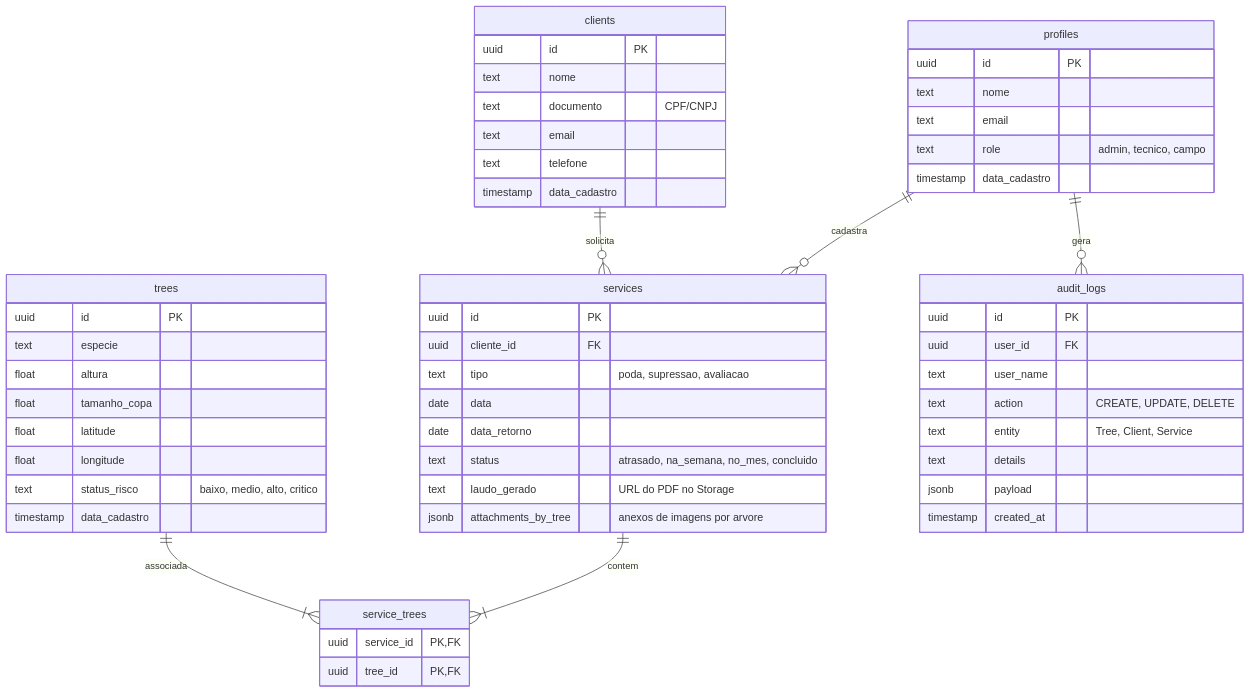
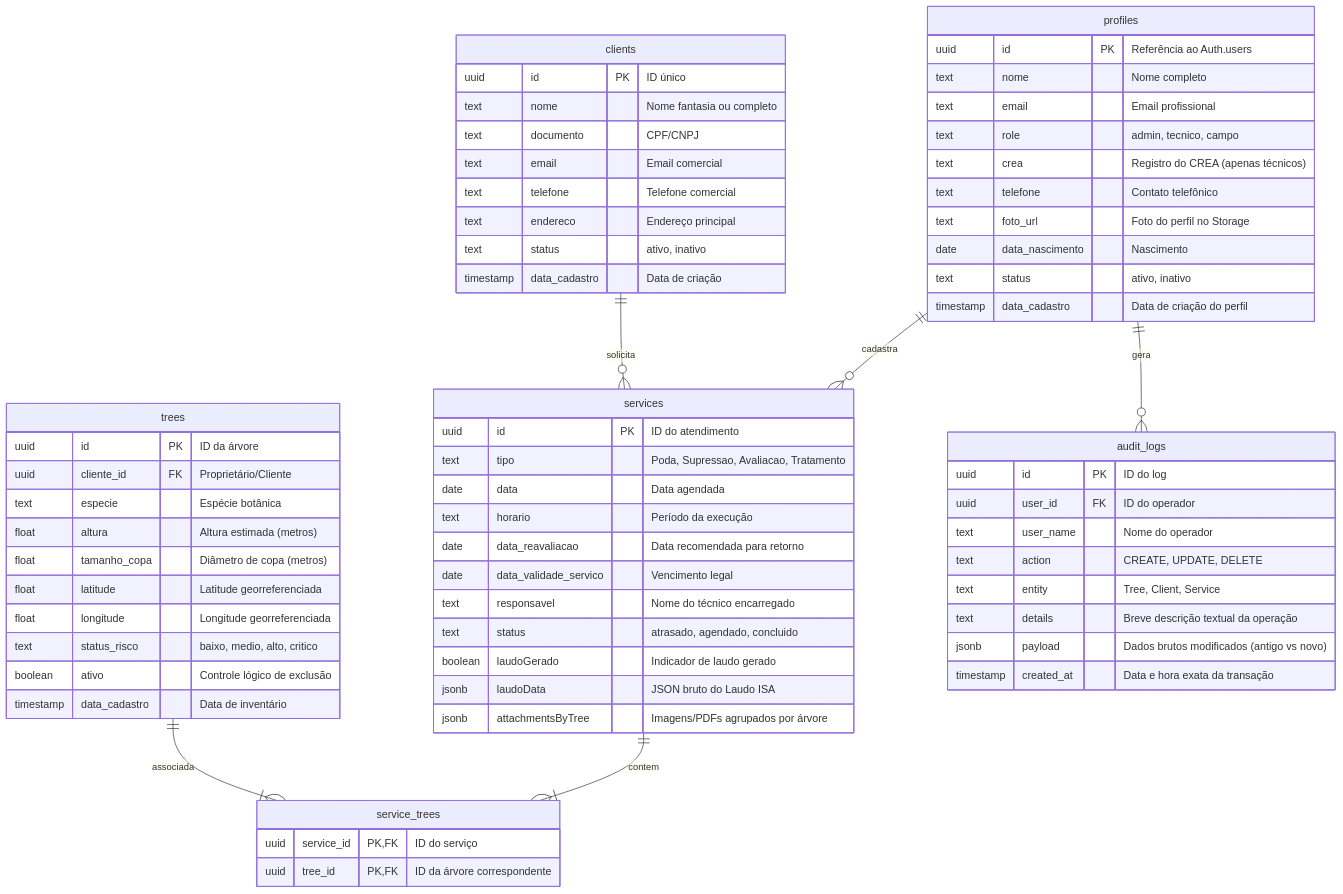
Before and after one commit to rafaelcaetite/Arbolia: the diagram in README.md, drawn with Mermaid. The commit also changed other lines of this file, not shown here.

Commit message:
docs(readme): expand documentation of all subsystems, including gemini ai integration and pdf generation flow

````diff
--- a/README.md
+++ b/README.md
@@ -80,63 +152,75 @@
 ```mermaid
 erDiagram
     profiles ||--o{ services : "cadastra"
     clients ||--o{ services : "solicita"
     services ||--|{ service_trees : "contem"
     trees ||--|{ service_trees : "associada"
     profiles ||--o{ audit_logs : "gera"
 
     profiles {
-        uuid id PK
-        text nome
-        text email
+        uuid id PK "Referência ao Auth.users"
+        text nome "Nome completo"
+        text email "Email profissional"
         text role "admin, tecnico, campo"
-        timestamp data_cadastro
+        text crea "Registro do CREA (apenas técnicos)"
+        text telefone "Contato telefônico"
+        text foto_url "Foto do perfil no Storage"
+        date data_nascimento "Nascimento"
+        text status "ativo, inativo"
+        timestamp data_cadastro "Data de criação do perfil"
     }
 
     clients {
-        uuid id PK
-        text nome
+        uuid id PK "ID único"
+        text nome "Nome fantasia ou completo"
         text documento "CPF/CNPJ"
-        text email
-        text telefone
-        timestamp data_cadastro
+        text email "Email comercial"
+        text telefone "Telefone comercial"
+        text endereco "Endereço principal"
+        text status "ativo, inativo"
+        timestamp data_cadastro "Data de criação"
     }
 
     trees {
-        uuid id PK
-        text especie
-        float altura
-        float tamanho_copa
-        float latitude
-        float longitude
+        uuid id PK "ID da árvore"
+        uuid cliente_id FK "Proprietário/Cliente"
+        text especie "Espécie botânica"
+        float altura "Altura estimada (metros)"
+        float tamanho_copa "Diâmetro de copa (metros)"
+        float latitude "Latitude georreferenciada"
+        float longitude "Longitude georreferenciada"
         text status_risco "baixo, medio, alto, critico"
-        timestamp data_cadastro
+        boolean ativo "Controle lógico de exclusão"
+        timestamp data_cadastro "Data de inventário"
     }
 
     services {
-        uuid id PK
-        uuid cliente_id FK
-        text tipo "poda, supressao, avaliacao"
-        date data
-        date data_retorno
-        text status "atrasado, na_semana, no_mes, concluido"
-        text laudo_gerado "URL do PDF no Storage"
-        jsonb attachments_by_tree "anexos de imagens por arvore"
+        uuid id PK "ID do atendimento"
+        text tipo "Poda, Supressao, Avaliacao, Tratamento"
+        date data "Data agendada"
+        text horario "Período da execução"
+        date data_reavaliacao "Data recomendada para retorno"
+        date data_validade_servico "Vencimento legal"
+        text responsavel "Nome do técnico encarregado"
+        text status "atrasado, agendado, concluido"
+        boolean laudoGerado "Indicador de laudo gerado"
+        jsonb laudoData "JSON bruto do Laudo ISA"
+        jsonb attachmentsByTree "Imagens/PDFs agrupados por árvore"
     }
 
     service_trees {
-        uuid service_id PK, FK
-        uuid tree_id PK, FK
+        uuid service_id PK, FK "ID do serviço"
+        uuid tree_id PK, FK "ID da árvore correspondente"
     }
 
     audit_logs {
-        uuid id PK
-        uuid user_id FK
-        text user_name
+        uuid id PK "ID do log"
+        uuid user_id FK "ID do operador"
+        text user_name "Nome do operador"
         text action "CREATE, UPDATE, DELETE"
         text entity "Tree, Client, Service"
-        text details
-        jsonb payload
-        timestamp created_at
+        text details "Breve descrição textual da operação"
+        jsonb payload "Dados brutos modificados (antigo vs novo)"
+        timestamp created_at "Data e hora exata da transação"
     }
 ```
````
